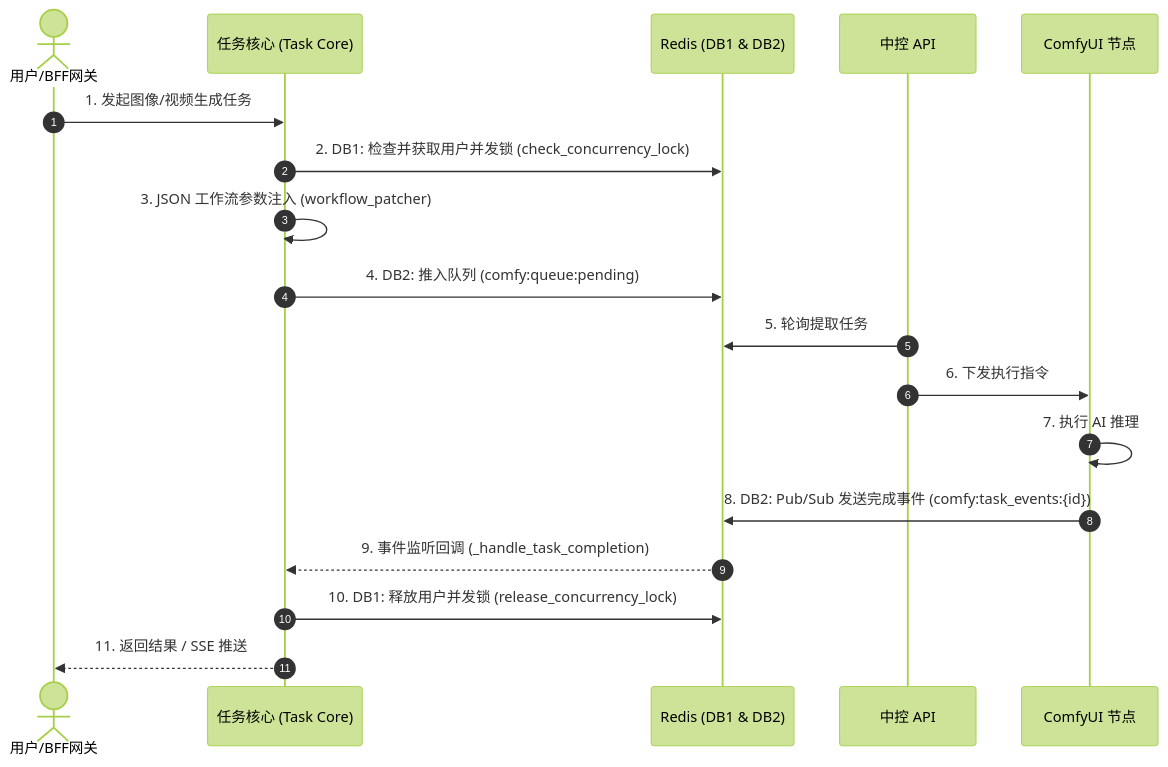
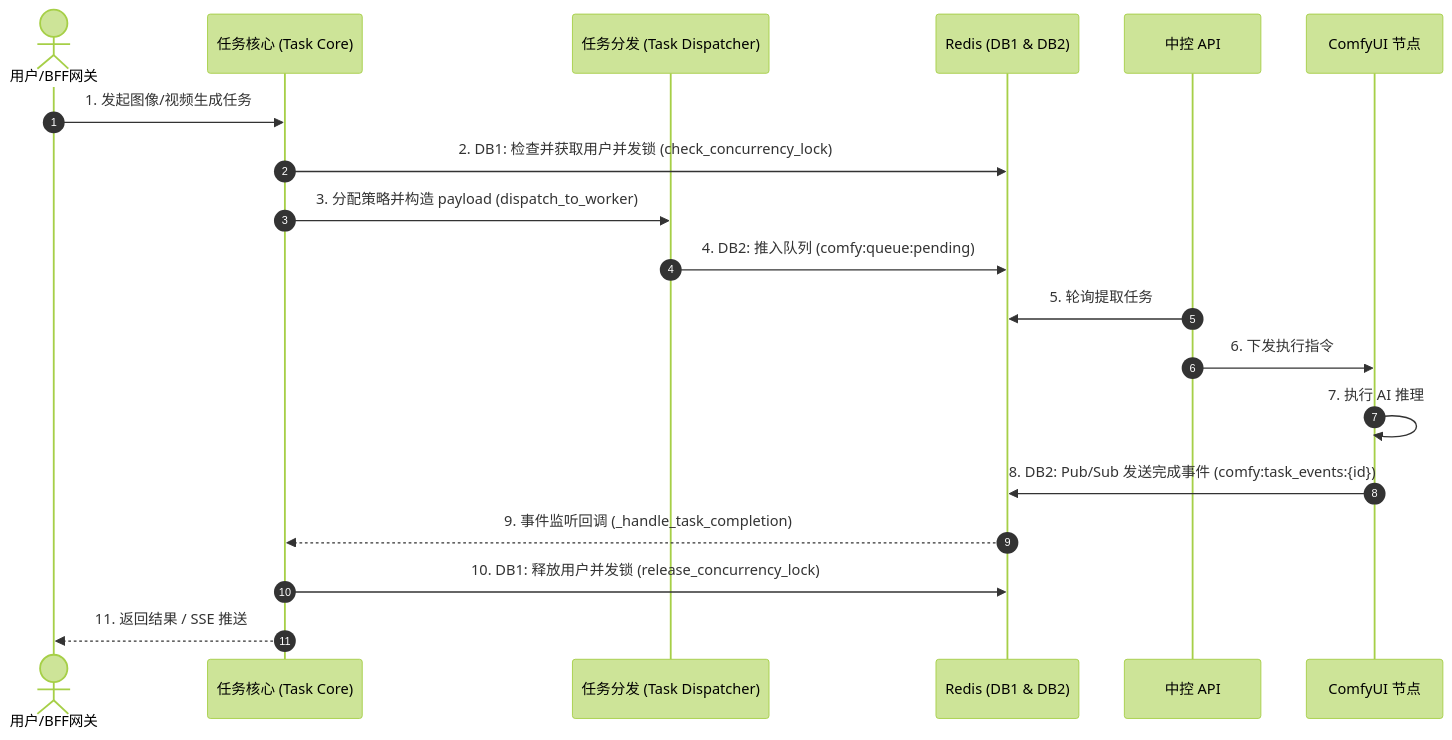
One commit to giraffu/All_bot changed the diagram in docs/子模块_任务调度_task_scheduler.md. Above: the diagram before and after it, drawn with Mermaid (forest theme). The commit also changed 16 other files, not shown here.

````diff
--- a/docs/子模块_任务调度_task_scheduler.md
+++ b/docs/子模块_任务调度_task_scheduler.md
@@ -8,21 +8,22 @@
 ```mermaid
 sequenceDiagram
     autonumber
     actor U as 用户/BFF网关
     participant TC as 任务核心 (Task Core)
+    participant TD as 任务分发 (Task Dispatcher)
     participant Redis as Redis (DB1 & DB2)
     participant CAPI as 中控 API
     participant Worker as ComfyUI 节点
 
     U->>TC: 1. 发起图像/视频生成任务
     TC->>Redis: 2. DB1: 检查并获取用户并发锁 (check_concurrency_lock)
-    TC->>TC: 3. JSON 工作流参数注入 (workflow_patcher)
-    TC->>Redis: 4. DB2: 推入队列 (comfy:queue:pending)
+    TC->>TD: 3. 分配策略并构造 payload (dispatch_to_worker)
+    TD->>Redis: 4. DB2: 推入队列 (comfy:queue:pending)
     CAPI->>Redis: 5. 轮询提取任务
     CAPI->>Worker: 6. 下发执行指令
     Worker->>Worker: 7. 执行 AI 推理
     Worker->>Redis: 8. DB2: Pub/Sub 发送完成事件 (comfy:task_events:{id})
     Redis-->>TC: 9. 事件监听回调 (_handle_task_completion)
     TC->>Redis: 10. DB1: 释放用户并发锁 (release_concurrency_lock)
     TC-->>U: 11. 返回结果 / SSE 推送
 ```
````
